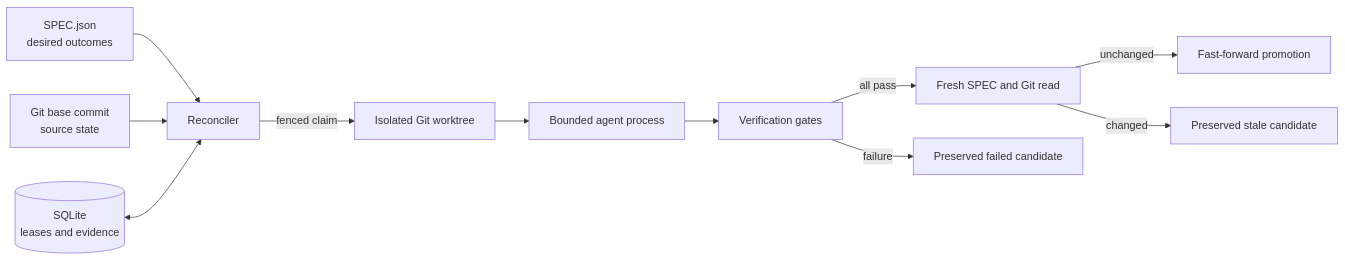
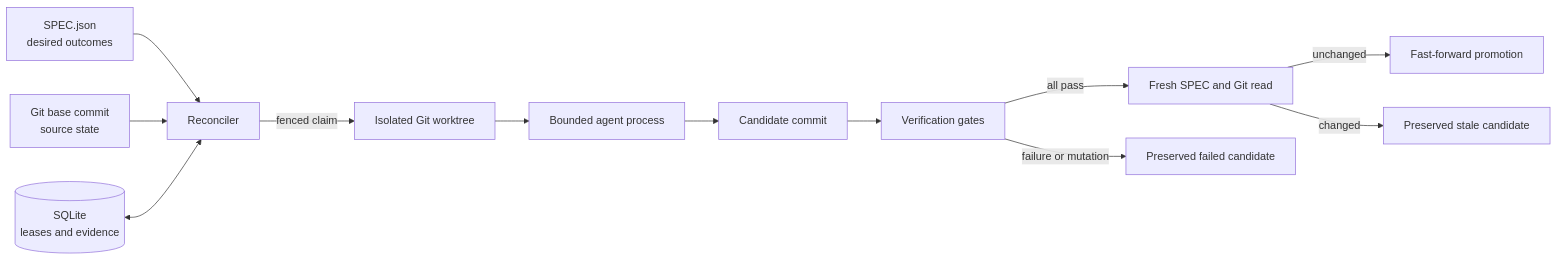
One commit to GhostlyGawd/autobuild changed the diagram in docs/architecture.md. Above: the diagram before and after it, drawn with Mermaid. The commit also changed other lines of this file and 16 other files, not shown here.

````diff
--- a/docs/architecture.md
+++ b/docs/architecture.md
@@ -5,13 +5,14 @@
 ```mermaid
 flowchart LR
     S[SPEC.json<br/>desired outcomes] --> R[Reconciler]
     G[Git base commit<br/>source state] --> R
     D[(SQLite<br/>leases and evidence)] <--> R
     R -->|fenced claim| W[Isolated Git worktree]
     W --> A[Bounded agent process]
-    A --> E[Verification gates]
+    A --> C[Candidate commit]
+    C --> E[Verification gates]
     E -->|all pass| V[Fresh SPEC and Git read]
     V -->|unchanged| P[Fast-forward promotion]
     V -->|changed| H[Preserved stale candidate]
-    E -->|failure| F[Preserved failed candidate]
+    E -->|failure or mutation| F[Preserved failed candidate]
 ```
````
